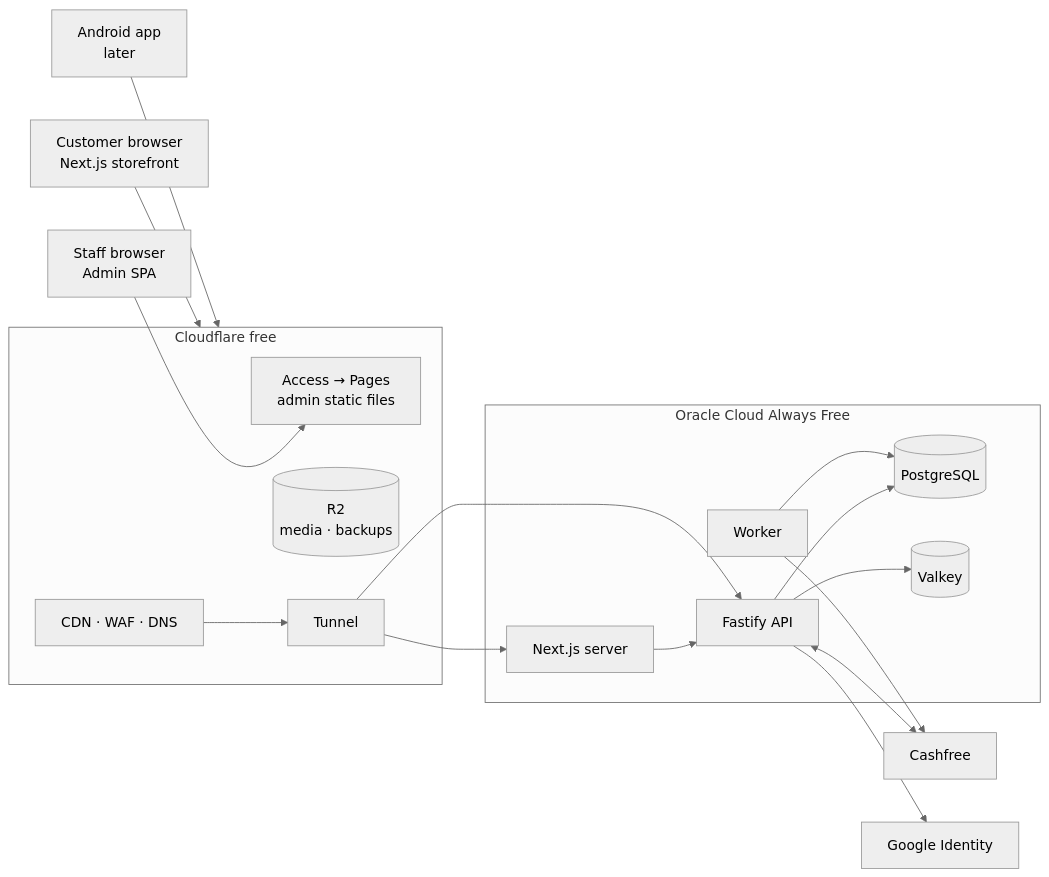
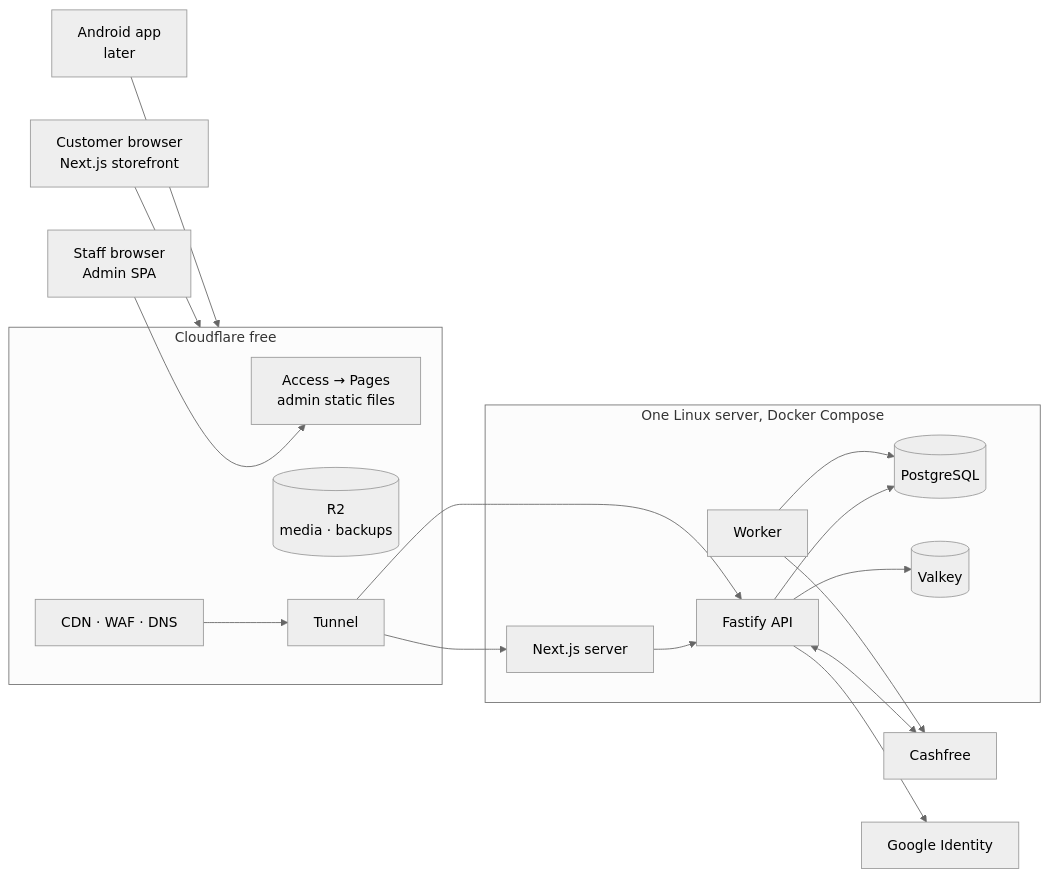
Before and after one commit to nishant2024-app/ecom: the first of 4 diagrams in docs/02-architecture.md, drawn with Mermaid (neutral theme). The commit also changed other lines of this file and 19 other files, not shown here.

First line of the commit message:
Docs: root README, ARCHITECTURE, DEVELOPMENT, DEPLOYMENT (VPS + Nginx + HTTPS); fix stale docs and env files

````diff
--- a/docs/02-architecture.md
+++ b/docs/02-architecture.md
@@ -5,27 +5,27 @@
 ```mermaid
 flowchart LR
   C[Customer browser<br/>Next.js storefront] --> CF
   A[Android app<br/>later] --> CF
   S[Staff browser<br/>Admin SPA] --> ACC
   subgraph CF[Cloudflare free]
     CDN[CDN · WAF · DNS]
     ACC[Access → Pages<br/>admin static files]
     R2[(R2<br/>media · backups)]
     TUN[Tunnel]
   end
   CDN --> TUN
-  subgraph OCI[Oracle Cloud Always Free]
+  subgraph VPS[One Linux server, Docker Compose]
     WEB[Next.js server]
     API[Fastify API]
     WRK[Worker]
     PG[(PostgreSQL)]
     VK[(Valkey)]
   end
   TUN --> WEB --> API
   TUN --> API
   API --> PG & VK
   WRK --> PG
   API <--> CASH[Cashfree]
   WRK --> CASH
   API --> G[Google Identity]
 ```
````
